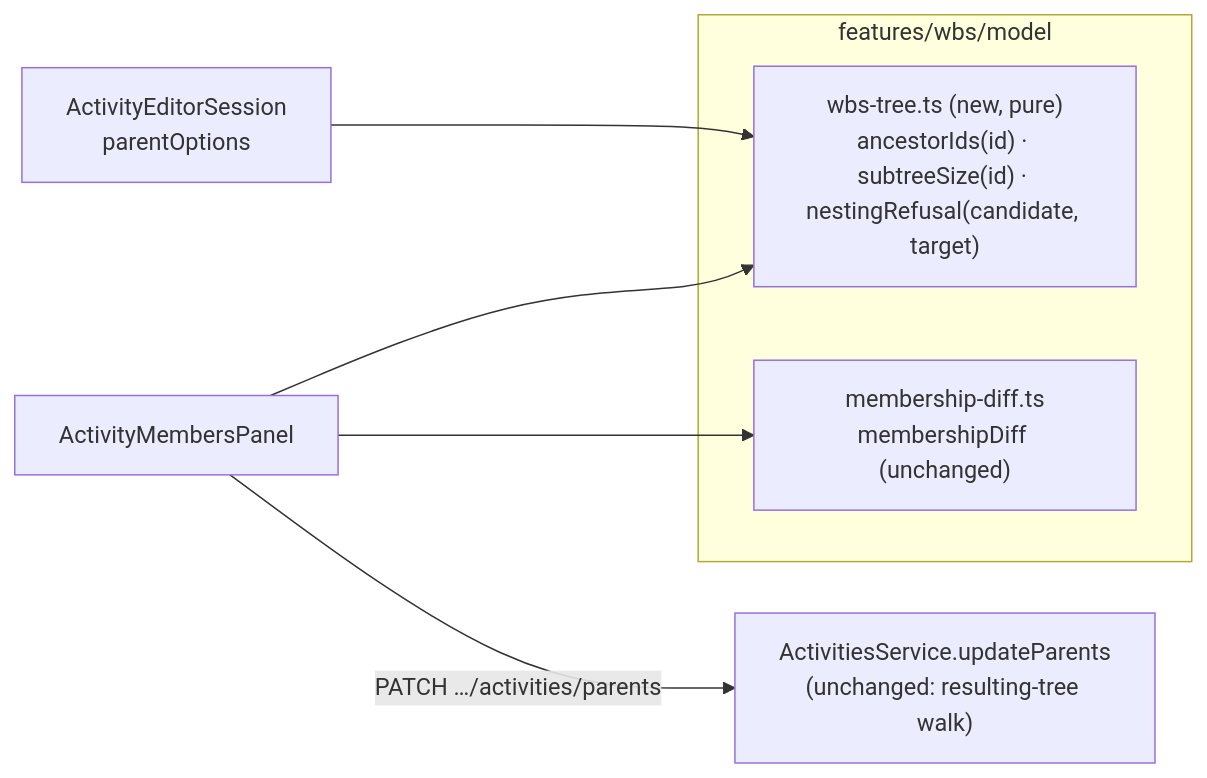
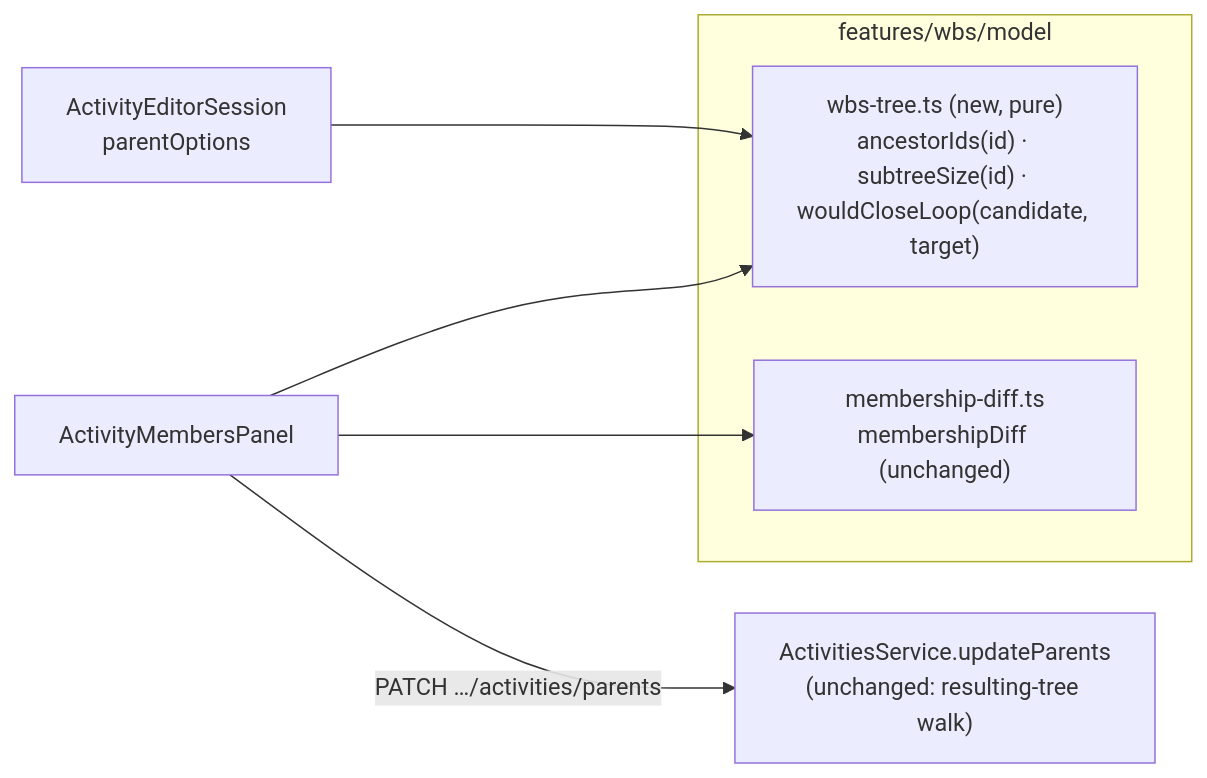
Before and after one commit to HuttonHomeHub/SchedulePoint_1: the first of 3 diagrams in docs/specs/wbs-nest-from-members/spec.md, drawn with Mermaid. The commit also changed other lines of this file and 25 other files, not shown here.

````diff
--- a/docs/specs/wbs-nest-from-members/spec.md
+++ b/docs/specs/wbs-nest-from-members/spec.md
@@ -219,11 +238,11 @@
 ```mermaid
 flowchart LR
   subgraph "features/wbs/model"
-    T["wbs-tree.ts (new, pure)<br/>ancestorIds(id) · subtreeSize(id) · nestingRefusal(candidate, target)"]
+    T["wbs-tree.ts (new, pure)<br/>ancestorIds(id) · subtreeSize(id) · wouldCloseLoop(candidate, target)"]
     D["membership-diff.ts<br/>membershipDiff (unchanged)"]
   end
   P[ActivityMembersPanel] --> T
   P --> D
   B["ActivityEditorSession<br/>parentOptions"] --> T
   P -->|PATCH …/activities/parents| API["ActivitiesService.updateParents<br/>(unchanged: resulting-tree walk)"]
 ```
````
